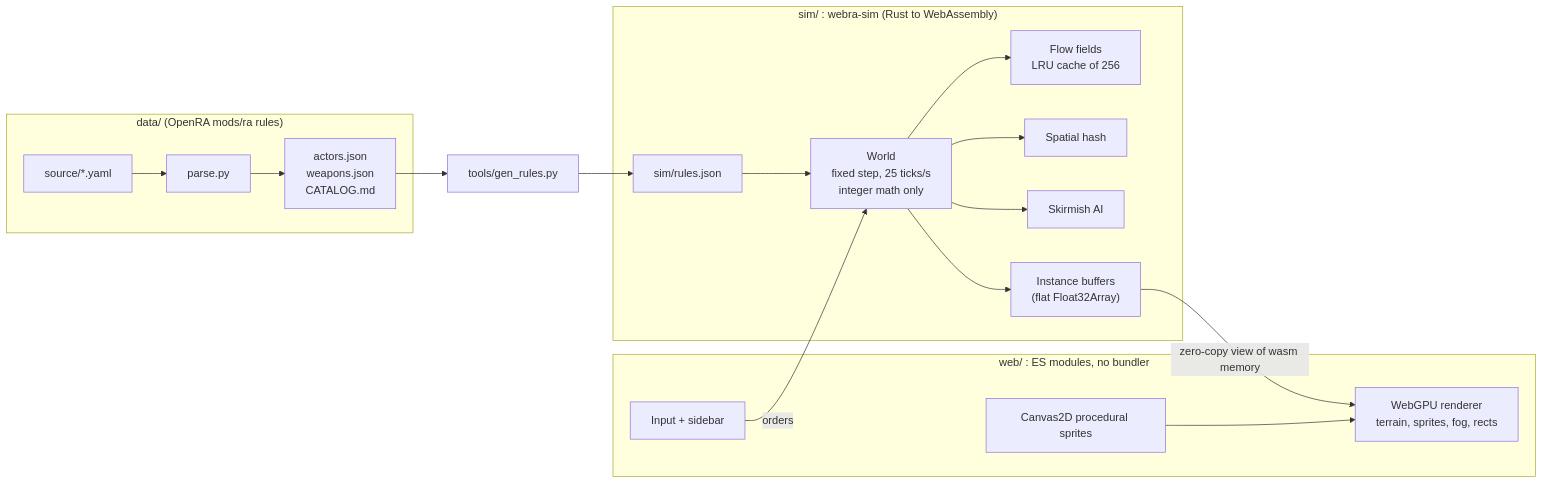
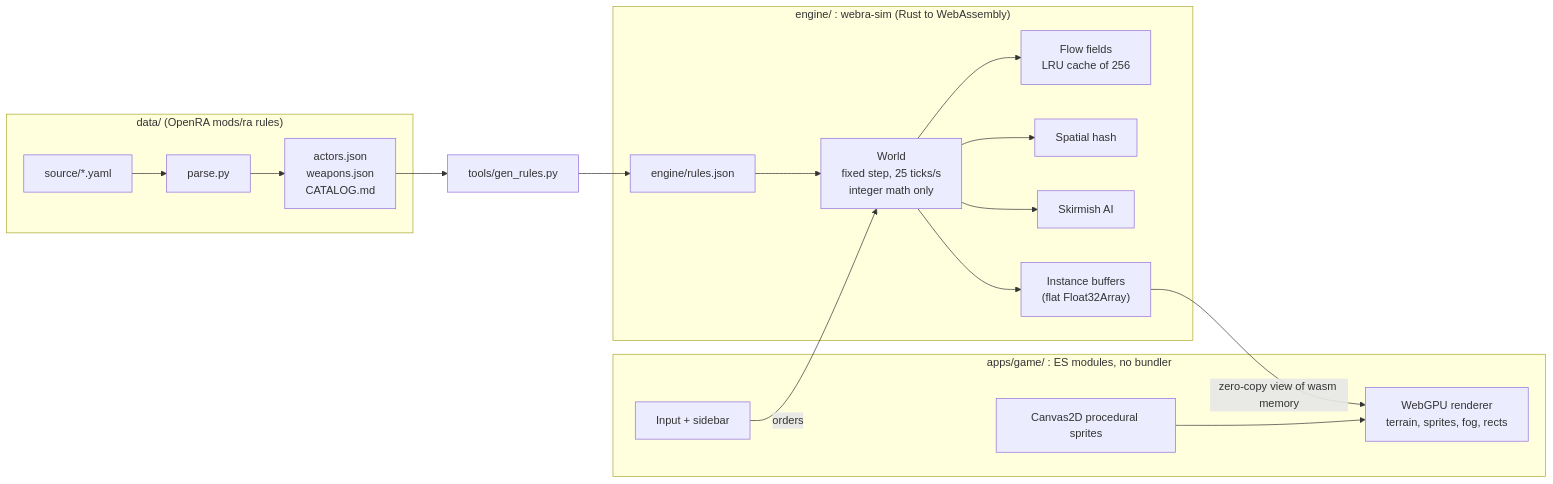
The diagram in README.md (SherinBloemendaal/webra), drawn with Mermaid before and after one commit. The commit also changed other lines of this file and 56 other files, not shown here.

````diff
--- a/README.md
+++ b/README.md
@@ -60,23 +61,23 @@
 ```mermaid
 flowchart LR
   subgraph data["data/ (OpenRA mods/ra rules)"]
     yaml["source/*.yaml"] --> parse["parse.py"]
     parse --> json["actors.json<br/>weapons.json<br/>CATALOG.md"]
   end
   json --> gen["tools/gen_rules.py"]
-  gen --> rules["sim/rules.json"]
+  gen --> rules["engine/rules.json"]
 
-  subgraph sim["sim/ : webra-sim (Rust to WebAssembly)"]
+  subgraph sim["engine/ : webra-sim (Rust to WebAssembly)"]
     rules --> world["World<br/>fixed step, 25 ticks/s<br/>integer math only"]
     world --> flow["Flow fields<br/>LRU cache of 256"]
     world --> hash["Spatial hash"]
     world --> ai["Skirmish AI"]
     world --> inst["Instance buffers<br/>(flat Float32Array)"]
   end
 
-  subgraph web["web/ : ES modules, no bundler"]
+  subgraph web["apps/game/ : ES modules, no bundler"]
     ui["Input + sidebar"] -- orders --> world
     inst -- "zero-copy view of wasm memory" --> gpu["WebGPU renderer<br/>terrain, sprites, fog, rects"]
     sprites["Canvas2D procedural sprites"] --> gpu
   end
 ```
````
